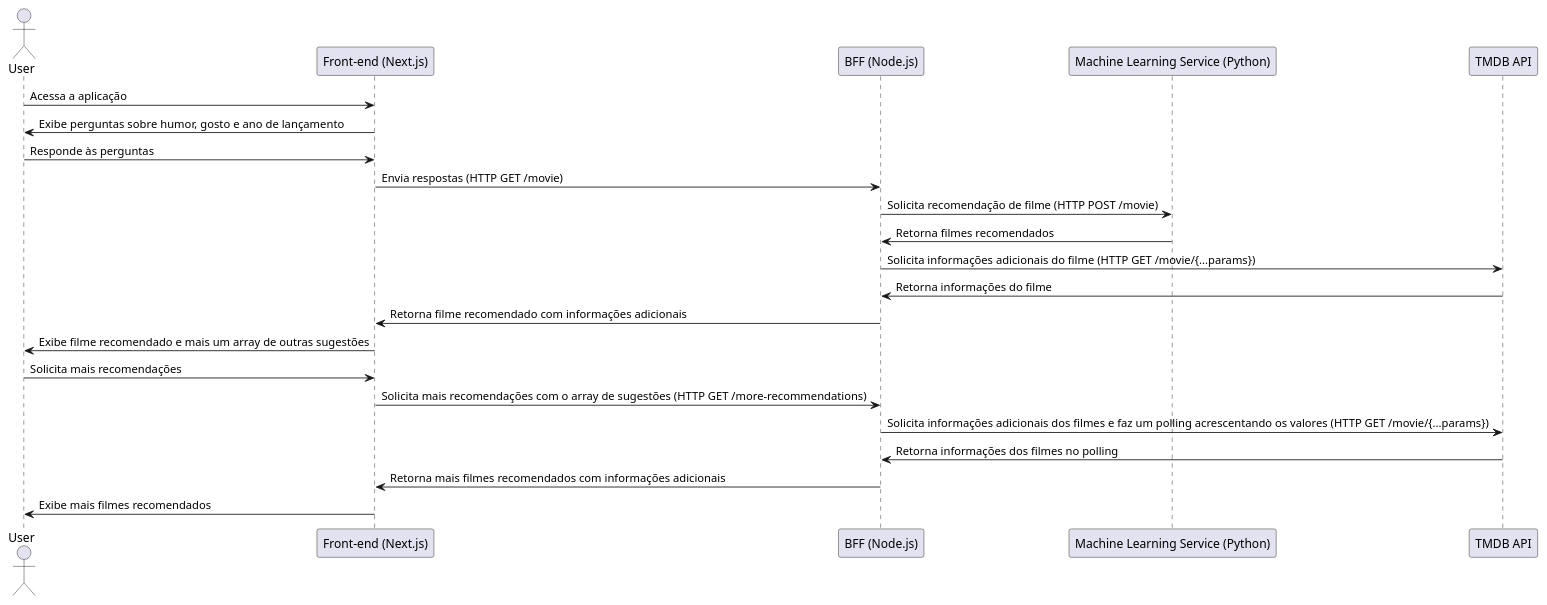
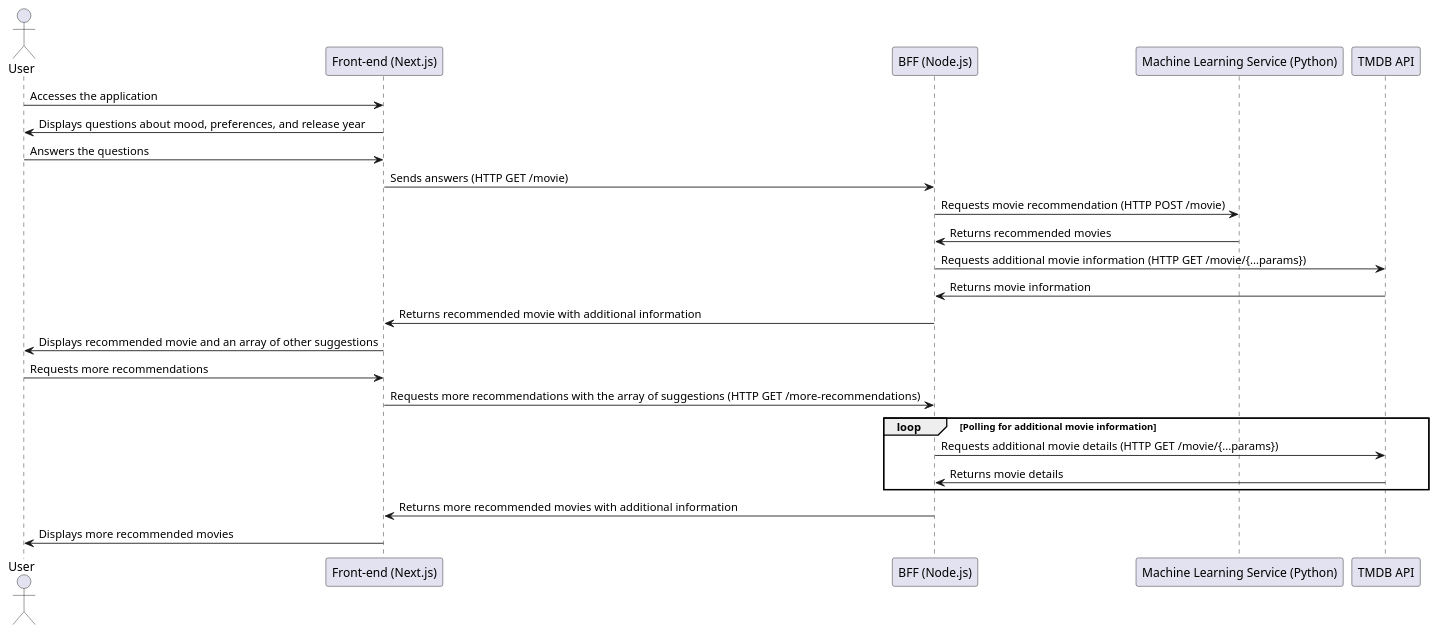
The diagram in docs/sequence.wsd (ElJohnnie/what-to-watch-tonight), drawn with PlantUML before and after one commit.

Commit message:
: Atualização por script dos submódulos

```diff
--- a/docs/sequence.wsd
+++ b/docs/sequence.wsd
@@ -1,27 +1,31 @@
 @startuml
 actor User
 
 participant "Front-end (Next.js)" as FrontEnd
 participant "BFF (Node.js)" as BFF
 participant "Machine Learning Service (Python)" as MLService
 participant "TMDB API" as TMDB
 
-User -> FrontEnd: Acessa a aplicação
-FrontEnd -> User: Exibe perguntas sobre humor, gosto e ano de lançamento
-User -> FrontEnd: Responde às perguntas
-FrontEnd -> BFF: Envia respostas (HTTP GET /movie)
-BFF -> MLService: Solicita recomendação de filme (HTTP POST /movie)
-MLService -> BFF: Retorna filmes recomendados
-BFF -> TMDB: Solicita informações adicionais do filme (HTTP GET /movie/{...params})
-TMDB -> BFF: Retorna informações do filme
-BFF -> FrontEnd: Retorna filme recomendado com informações adicionais
-FrontEnd -> User: Exibe filme recomendado e mais um array de outras sugestões
+User -> FrontEnd: Accesses the application
+FrontEnd -> User: Displays questions about mood, preferences, and release year
+User -> FrontEnd: Answers the questions
+FrontEnd -> BFF: Sends answers (HTTP GET /movie)
+BFF -> MLService: Requests movie recommendation (HTTP POST /movie)
+MLService -> BFF: Returns recommended movies
+BFF -> TMDB: Requests additional movie information (HTTP GET /movie/{...params})
+TMDB -> BFF: Returns movie information
+BFF -> FrontEnd: Returns recommended movie with additional information
+FrontEnd -> User: Displays recommended movie and an array of other suggestions
 
-User -> FrontEnd: Solicita mais recomendações 
-FrontEnd -> BFF: Solicita mais recomendações com o array de sugestões (HTTP GET /more-recommendations)
-BFF -> TMDB: Solicita informações adicionais dos filmes e faz um polling acrescentando os valores (HTTP GET /movie/{...params})
-TMDB -> BFF: Retorna informações dos filmes no polling
-BFF -> FrontEnd: Retorna mais filmes recomendados com informações adicionais
-FrontEnd -> User: Exibe mais filmes recomendados
+User -> FrontEnd: Requests more recommendations
+FrontEnd -> BFF: Requests more recommendations with the array of suggestions (HTTP GET /more-recommendations)
+
+loop Polling for additional movie information
+    BFF -> TMDB: Requests additional movie details (HTTP GET /movie/{...params})
+    TMDB -> BFF: Returns movie details
+end
+
+BFF -> FrontEnd: Returns more recommended movies with additional information
+FrontEnd -> User: Displays more recommended movies
 
 @enduml
```
